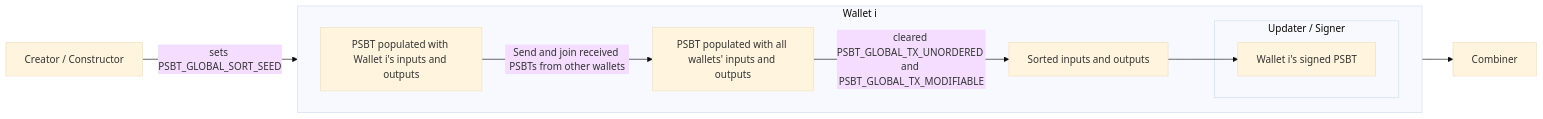
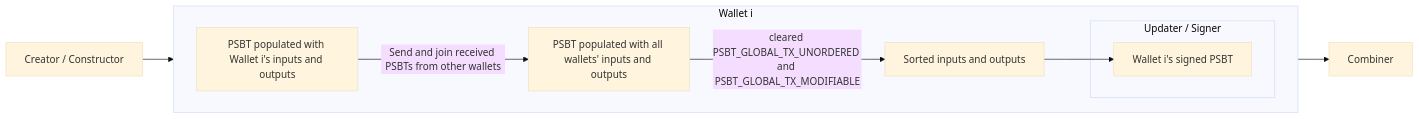
One commit to fungi-protocol/docs changed the diagram in psbt-concurrent.md. Above: the diagram before and after it, drawn with Mermaid (base theme).

Commit message:
fixup: generalize the workflow exmaple

````diff
--- a/psbt-concurrent.md
+++ b/psbt-concurrent.md
@@ -55,18 +55,18 @@
 ```mermaid
 flowchart LR
-    CC[Creator / Constructor] -->|sets PSBT_GLOBAL_SORT_SEED| Pop
+    CC[Creator / Constructor] --> Pop
 
     subgraph Wi ["Wallet i"]
         direction LR
         Pop[PSBT populated with Wallet i's inputs and outputs]
         Pop -->|Send and join received PSBTs from other wallets| Join[PSBT populated with all wallets' inputs and outputs]
         Join -->|cleared PSBT_GLOBAL_TX_UNORDERED and PSBT_GLOBAL_TX_MODIFIABLE| Clear[Sorted inputs and outputs]
         subgraph us ["Updater / Signer"]
             SIG[Wallet i's signed PSBT]
         end
         Clear --> SIG
     end
 
     SIG --> OUT[Combiner]
 
 ```
````
